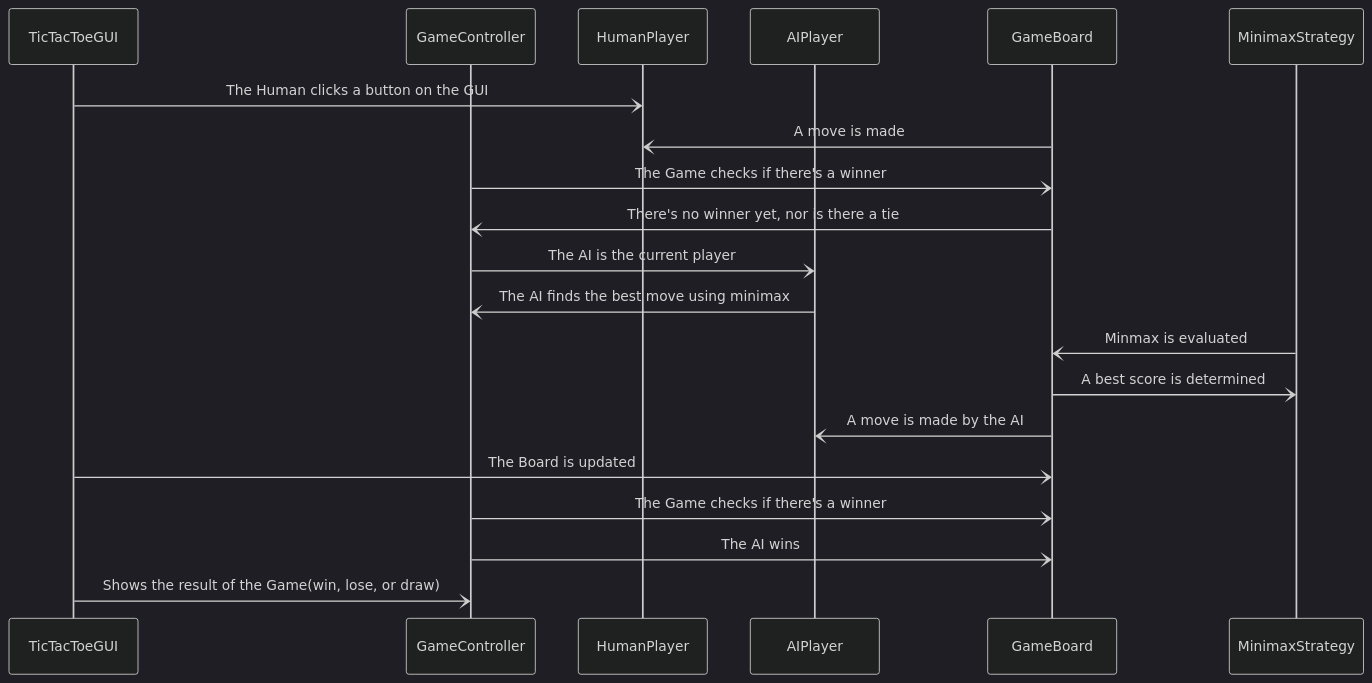
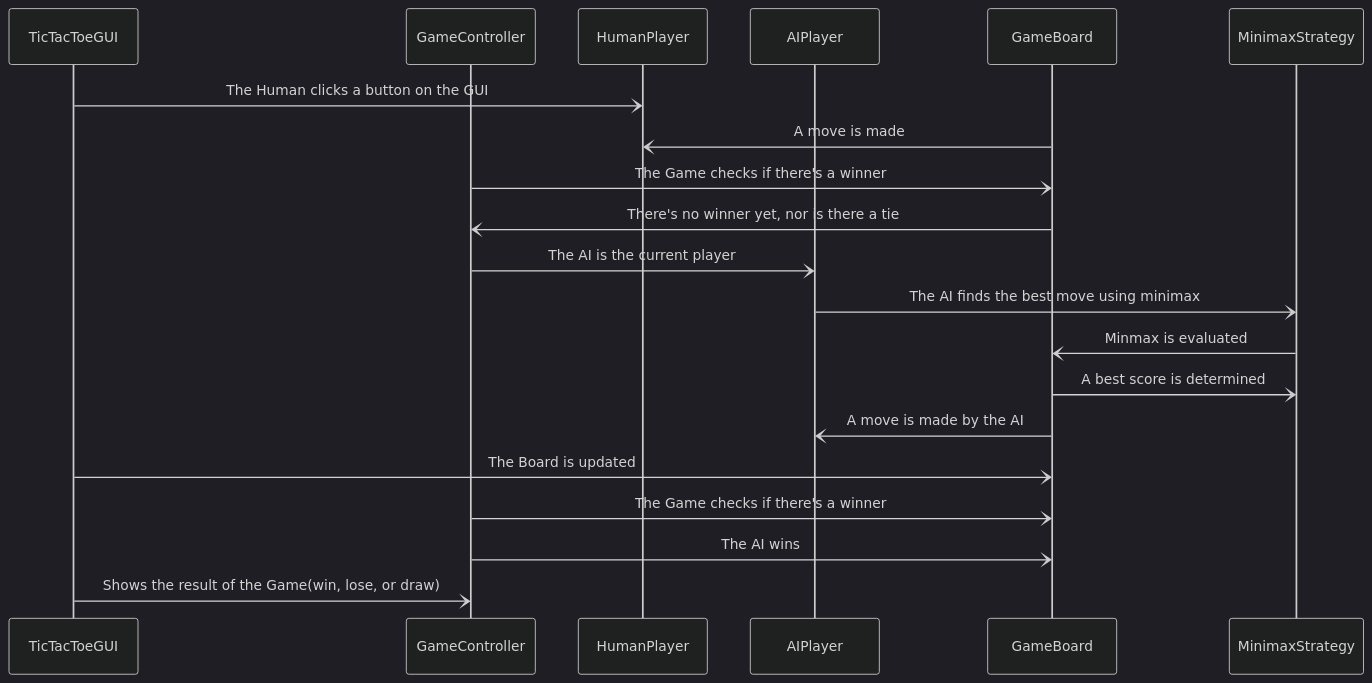
The fourth of 4 diagrams in README.md (Alena-Alexander/Tic-Tac-Toe), drawn with Mermaid (dark theme) before and after one commit.

````diff
--- a/README.md
+++ b/README.md
@@ -275,29 +275,29 @@
 ```mermaid
 sequenceDiagram
     participant GUI as TicTacToeGUI
     participant Ctrl as GameController
     participant Human as HumanPlayer
     participant AI as AIPlayer
     participant Board as GameBoard
     participant Strat as MinimaxStrategy
     
     GUI-)Human: The Human clicks a button on the GUI
     Board-)Human: A move is made 
     Ctrl-)Board: The Game checks if there's a winner
     Board-)Ctrl: There's no winner yet, nor is there a tie
     Ctrl-)AI: The AI is the current player
-    AI-)Ctrl: The AI finds the best move using minimax
+    AI-)Strat: The AI finds the best move using minimax
     Strat-)Board: Minmax is evaluated
     Board-)Strat: A best score is determined
     Board-)AI: A move is made by the AI
     GUI-)Board: The Board is updated
     Ctrl-)Board: The Game checks if there's a winner
     Ctrl-)Board: The AI wins
     GUI-)Ctrl: Shows the result of the Game(win, lose, or draw)
     
     
     
     
     
 
 ```
````
